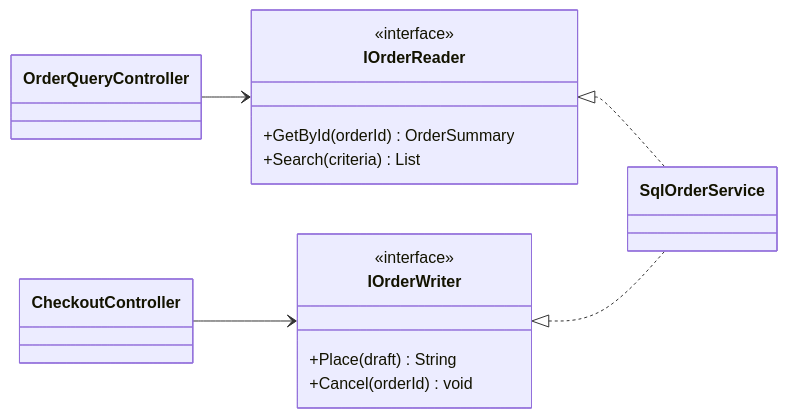
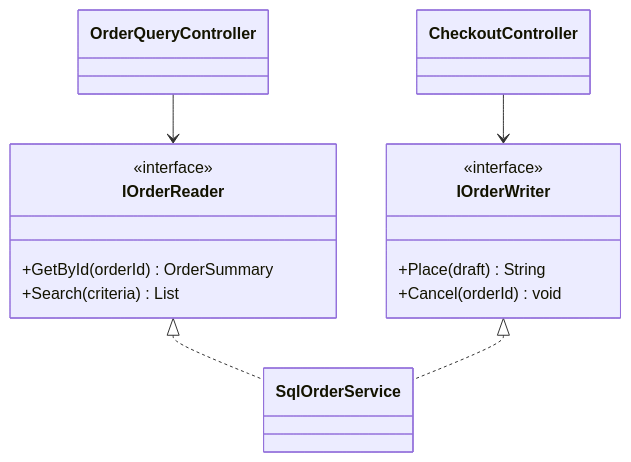
One commit to jeff-adkisson/swe-4743-spring-2026-oo-design changed the fifth of 10 diagrams in presentations/07-interface-segregation-principle.md. Above: the diagram before and after it, drawn with Mermaid. The commit also changed other lines of this file, not shown here.

Commit message:
Updated mermaid flow direction

````diff
--- a/presentations/07-interface-segregation-principle.md
+++ b/presentations/07-interface-segregation-principle.md
@@ -685,23 +705,23 @@
 ```mermaid
 classDiagram
-direction LR
+direction TB
 
 class IOrderReader {
   <<interface>>
   +GetById(orderId) OrderSummary
   +Search(criteria) List
 }
 class IOrderWriter {
   <<interface>>
   +Place(draft) String
   +Cancel(orderId) void
 }
 class SqlOrderService
 class OrderQueryController
 class CheckoutController
 
 IOrderReader <|.. SqlOrderService
 IOrderWriter <|.. SqlOrderService
 OrderQueryController --> IOrderReader
 CheckoutController --> IOrderWriter
 ```
````
